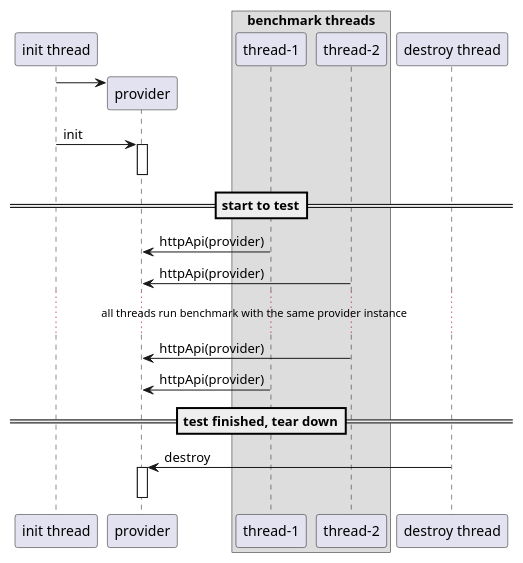
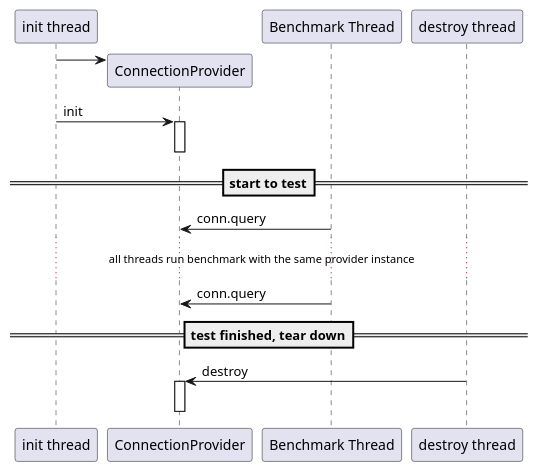
Before and after one commit to xnslong/blog: the first of 2 diagrams in tools/java/JMH-benchmarking.md, drawn with PlantUML. The commit also changed other lines of this file, not shown here.

````diff
--- a/tools/java/JMH-benchmarking.md
+++ b/tools/java/JMH-benchmarking.md
@@ -227,22 +229,17 @@
 ```plantuml
 participant "init thread" as init
-create provider
+create "ConnectionProvider" as provider
 init -> provider
 init -> provider: init
 activate provider
 deactivate provider
 ==start to test==
-box "benchmark threads" 
-    participant "thread-1" as t1
-    participant "thread-2" as t2
-end box
-t1 -> provider: httpApi(provider)
-t2 -> provider: httpApi(provider)
+participant "Benchmark Thread" as t1
+t1 -> provider: conn.query
 ...all threads run benchmark with the same provider instance...
-t2 -> provider: httpApi(provider)
-t1 -> provider: httpApi(provider)
+t1 -> provider: conn.query
 ==test finished, tear down==
 "destroy thread" -> provider: destroy
 activate provider
 deactivate provider
 ```
````
